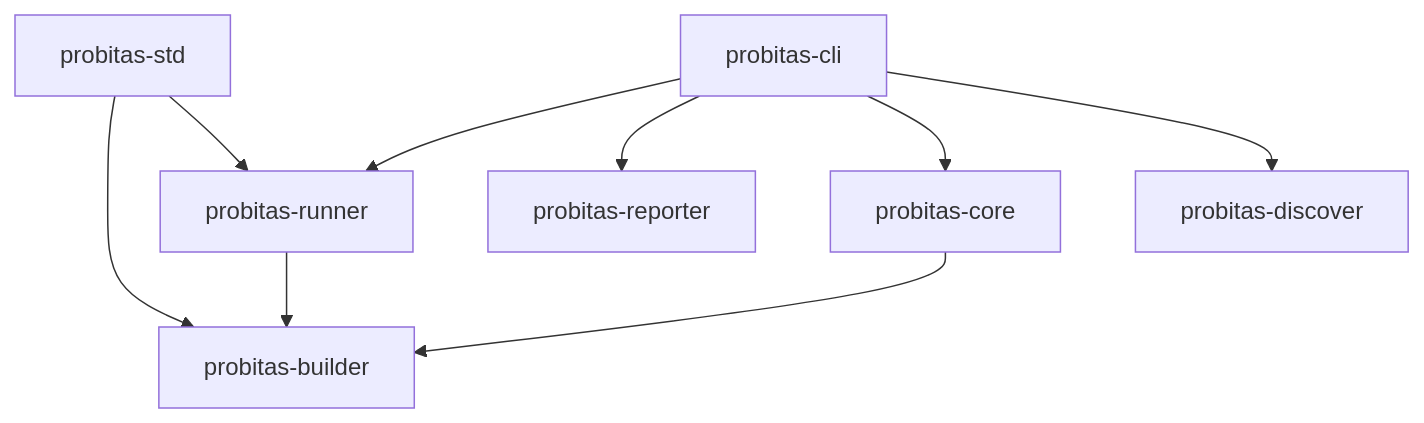
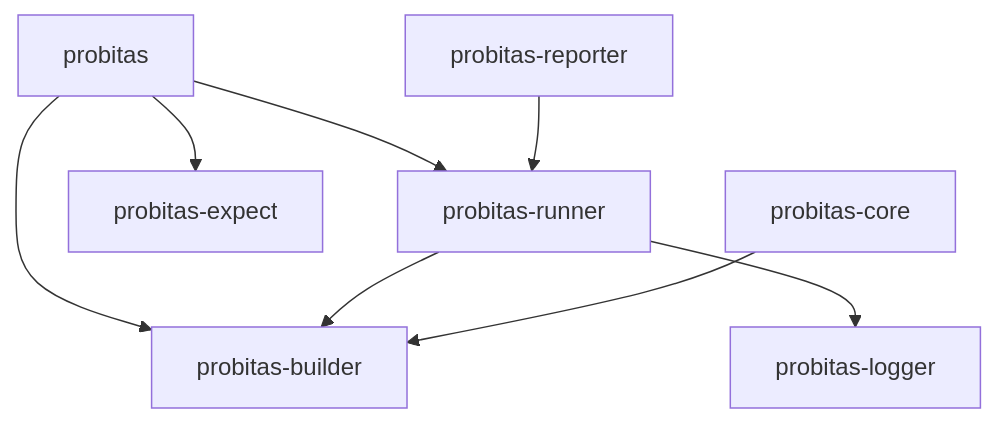
The diagram in .claude/structure.md (probitas-test/probitas), drawn with Mermaid before and after one commit. The commit also changed other lines of this file and 26 other files, not shown here.

````diff
--- a/.claude/structure.md
+++ b/.claude/structure.md
@@ -23,11 +27,10 @@
 ```mermaid
 graph TD
-    std[probitas-std] --> builder[probitas-builder]
-    std --> runner[probitas-runner]
-    cli[probitas-cli] --> runner
-    cli --> reporter[probitas-reporter]
-    cli --> scenario[probitas-core]
-    cli --> discover[probitas-discover]
+    probitas[probitas] --> builder[probitas-builder]
+    probitas --> runner[probitas-runner]
+    probitas --> expect[probitas-expect]
     runner --> builder
-    scenario --> builder
+    runner --> logger[probitas-logger]
+    core[probitas-core] --> builder
+    reporter[probitas-reporter] --> runner
 ```
````
